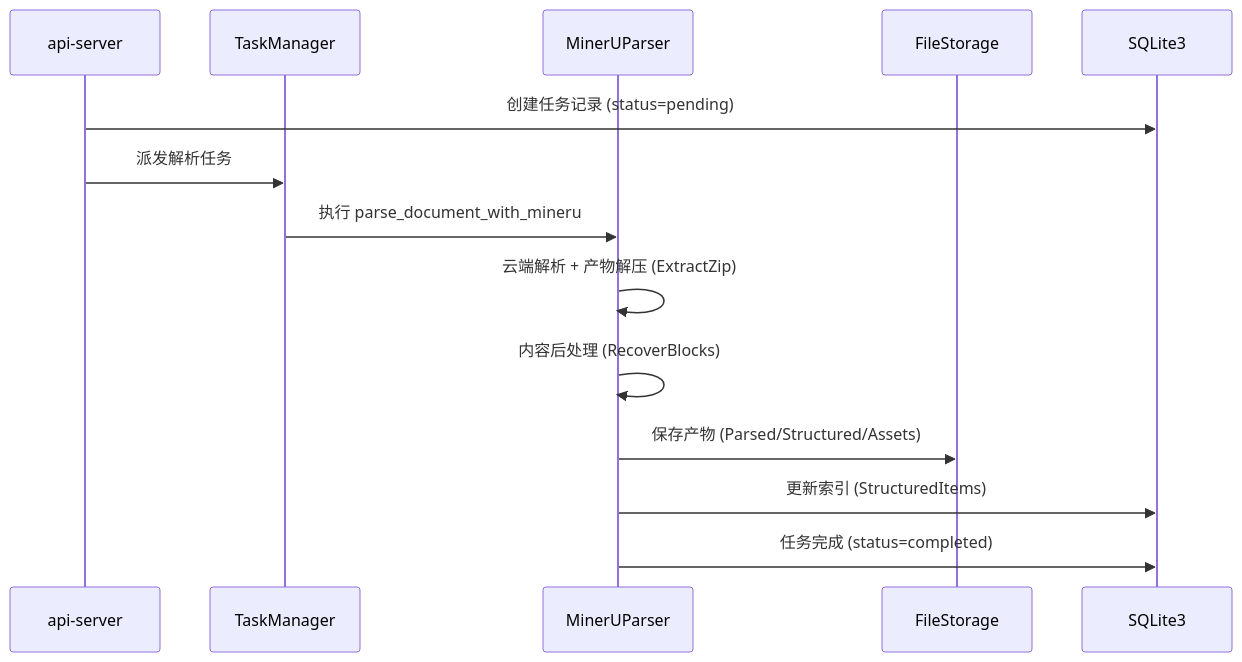
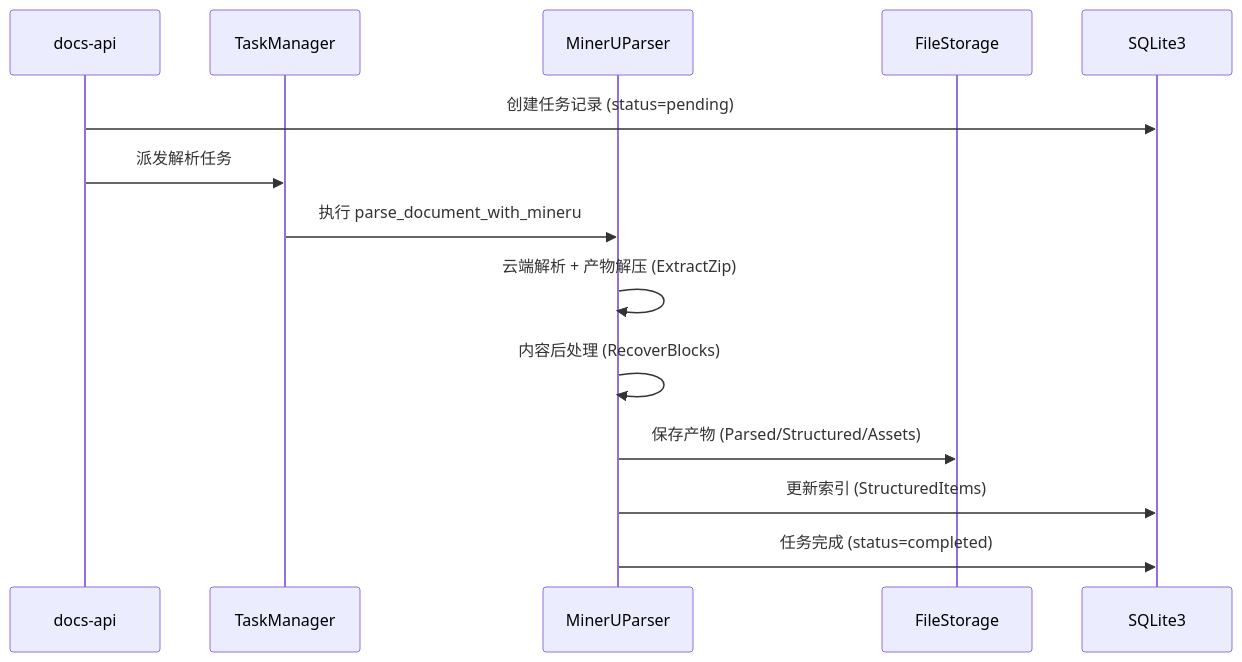
One commit to 0mao0/AnGIneer changed the second of 4 diagrams in docs/services-techniques.md. Above: the diagram before and after it, drawn with Mermaid. The commit also changed other lines of this file and 6 other files, not shown here.

````diff
--- a/docs/services-techniques.md
+++ b/docs/services-techniques.md
@@ -181,17 +184,17 @@
 ```mermaid
 sequenceDiagram
-    participant API as api-server
+    participant API as docs-api
     participant Task as TaskManager
     participant Parser as MinerUParser
     participant Storage as FileStorage
     participant DB as SQLite3
 
     API->>DB: 创建任务记录 (status=pending)
     API->>Task: 派发解析任务
     Task->>Parser: 执行 parse_document_with_mineru
     Parser->>Parser: 云端解析 + 产物解压 (ExtractZip)
     Parser->>Parser: 内容后处理 (RecoverBlocks)
     Parser->>Storage: 保存产物 (Parsed/Structured/Assets)
     Parser->>DB: 更新索引 (StructuredItems)
     Parser->>DB: 任务完成 (status=completed)
 ```
````
